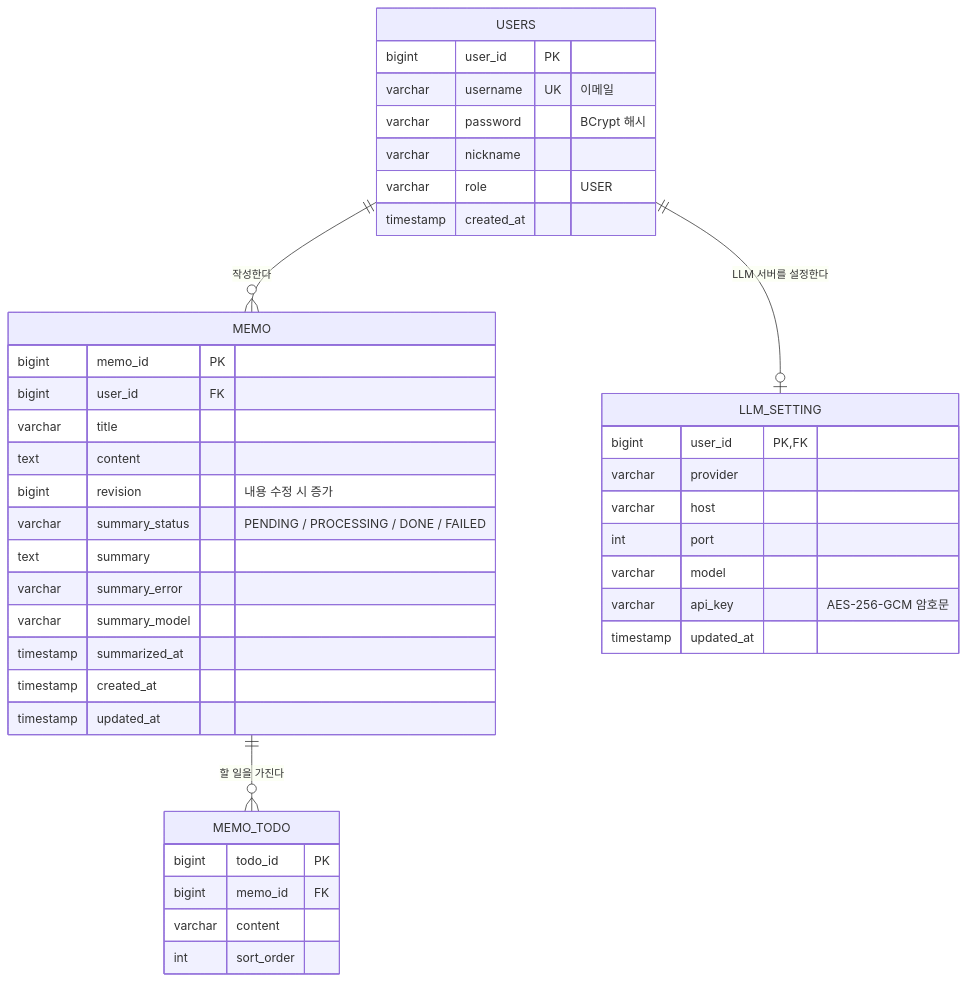
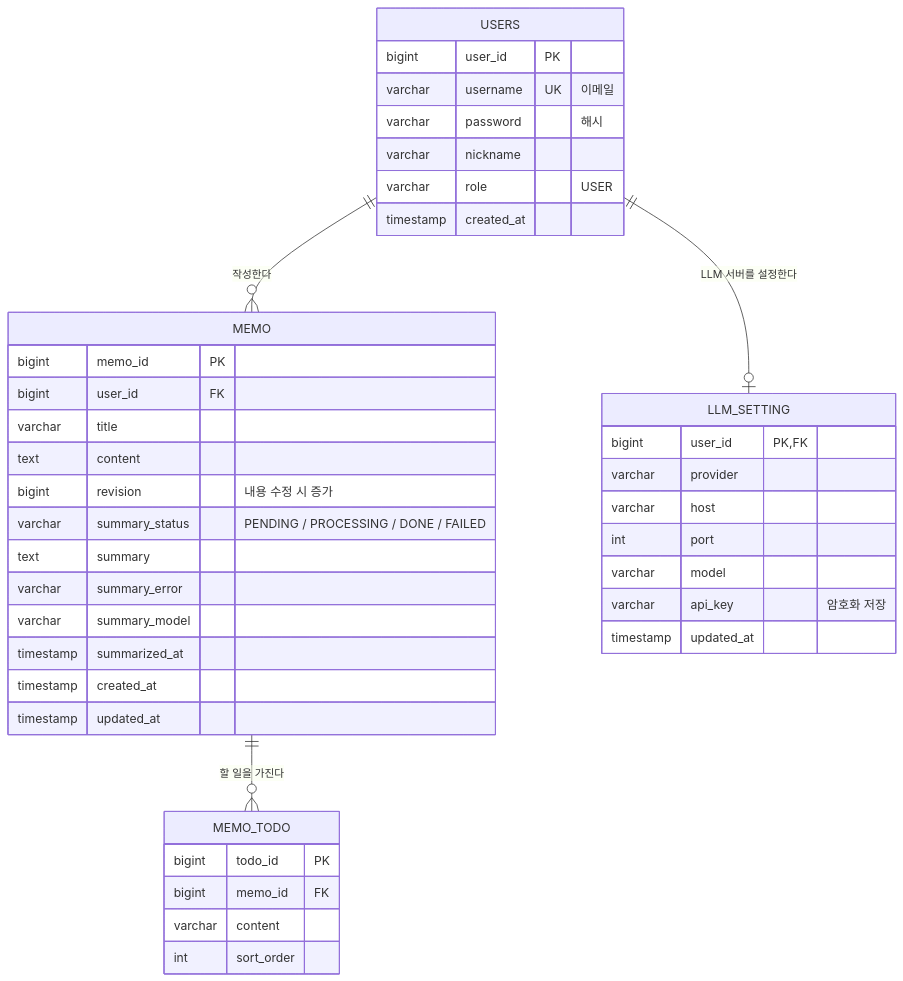
Before and after one commit to Hasegos/coding-test-project: the fourth of 4 diagrams in README.md, drawn with Mermaid. The commit also changed other lines of this file, not shown here.

````diff
--- a/README.md
+++ b/README.md
@@ -232,43 +205,43 @@
 ```mermaid
 erDiagram
     USERS ||--o{ MEMO : "작성한다"
     USERS ||--o| LLM_SETTING : "LLM 서버를 설정한다"
     MEMO ||--o{ MEMO_TODO : "할 일을 가진다"
     USERS {
         bigint user_id PK
         varchar username UK "이메일"
-        varchar password "BCrypt 해시"
+        varchar password "해시"
         varchar nickname
         varchar role "USER"
         timestamp created_at
     }
     MEMO {
         bigint memo_id PK
         bigint user_id FK
         varchar title
         text content
         bigint revision "내용 수정 시 증가"
         varchar summary_status "PENDING / PROCESSING / DONE / FAILED"
         text summary
         varchar summary_error
         varchar summary_model
         timestamp summarized_at
         timestamp created_at
         timestamp updated_at
     }
     MEMO_TODO {
         bigint todo_id PK
         bigint memo_id FK
         varchar content
         int sort_order
     }
     LLM_SETTING {
         bigint user_id PK, FK
         varchar provider
         varchar host
         int port
         varchar model
-        varchar api_key "AES-256-GCM 암호문"
+        varchar api_key "암호화 저장"
         timestamp updated_at
     }
 ```
````
